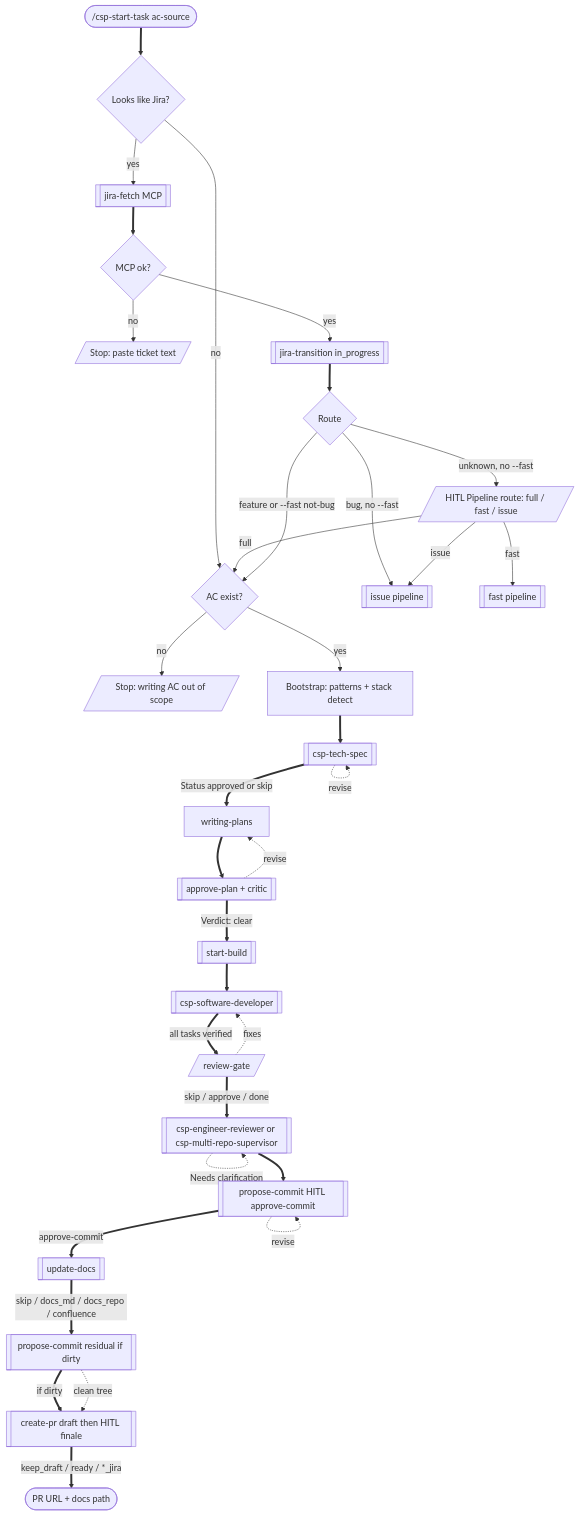
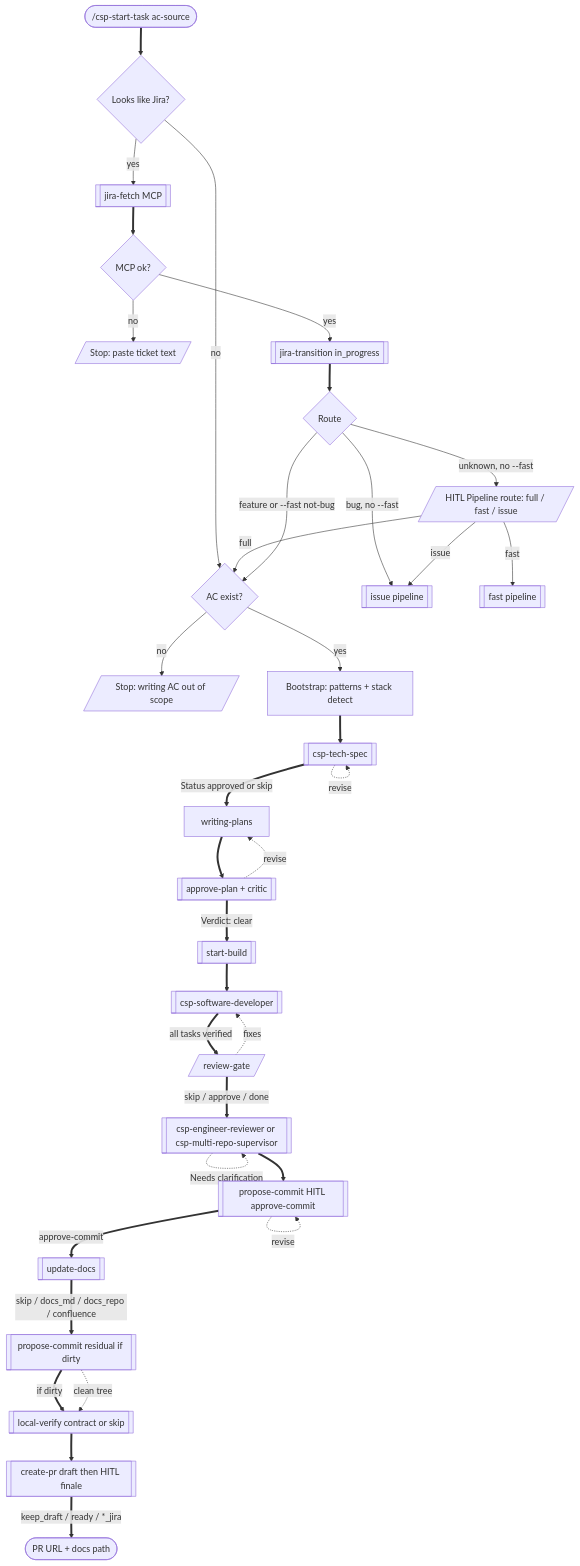
The second of 15 diagrams in docs/superpowers/pipeline-flow.md (a-trembak/cursor-spells), drawn with Mermaid before and after one commit. The commit also changed other lines of this file and 11 other files, not shown here.

First line of the commit message:
feat: wire local-verify before create-pr

````diff
--- a/docs/superpowers/pipeline-flow.md
+++ b/docs/superpowers/pipeline-flow.md
@@ -120,60 +122,62 @@
 ```mermaid
 flowchart TD
   startNode(["/csp-start-task ac-source"])
   looksJira{Looks like Jira?}
   fetch[["jira-fetch MCP"]]
   fetchFail{MCP ok?}
   stopPaste[/"Stop: paste ticket text"/]
   inProgress[["jira-transition in_progress"]]
   route{"Route"}
   hitlRoute[/"HITL Pipeline route: full / fast / issue"/]
   noAc{AC exist?}
   stopNoAc[/"Stop: writing AC out of scope"/]
   bootstrap["Bootstrap: patterns + stack detect"]
   techSpec[["csp-tech-spec"]]
   planWrite["writing-plans"]
   approvePlan[["approve-plan + critic"]]
   startBuild[["start-build"]]
   softwareDev[["csp-software-developer"]]
   reviewGate[/"review-gate"/]
   engReview[["csp-engineer-reviewer or csp-multi-repo-supervisor"]]
   proposeCommit[["propose-commit HITL approve-commit"]]
   updateDocs[["update-docs"]]
   proposeCommit2[["propose-commit residual if dirty"]]
+  localVerify[["local-verify contract or skip"]]
   createPr[["create-pr draft then HITL finale"]]
   doneNode(["PR URL + docs path"])
 
   startNode ==> looksJira
   looksJira -->|"yes"| fetch
   looksJira -->|"no"| noAc
   fetch ==> fetchFail
   fetchFail -->|"no"| stopPaste
   fetchFail -->|"yes"| inProgress
   inProgress ==> route
   route -->|"bug, no --fast"| issuePipe[["issue pipeline"]]
   route -->|"unknown, no --fast"| hitlRoute
   hitlRoute -->|"full"| noAc
   hitlRoute -->|"fast"| fastPipe[["fast pipeline"]]
   hitlRoute -->|"issue"| issuePipe
   route -->|"feature or --fast not-bug"| noAc
   noAc -->|"no"| stopNoAc
   noAc -->|"yes"| bootstrap
   bootstrap ==> techSpec
   techSpec ==>|"Status approved or skip"| planWrite
   techSpec -.->|"revise"| techSpec
   planWrite ==> approvePlan
   approvePlan -.->|"revise"| planWrite
   approvePlan ==>|"Verdict: clear"| startBuild
   startBuild ==> softwareDev
   softwareDev ==>|"all tasks verified"| reviewGate
   reviewGate -.->|"fixes"| softwareDev
   reviewGate ==>|"skip / approve / done"| engReview
   engReview -.->|"Needs clarification"| engReview
   engReview ==> proposeCommit
   proposeCommit ==>|"approve-commit"| updateDocs
   proposeCommit -.->|"revise"| proposeCommit
   updateDocs ==>|"skip / docs_md / docs_repo / confluence"| proposeCommit2
-  proposeCommit2 ==>|"if dirty"| createPr
-  proposeCommit2 -.->|"clean tree"| createPr
+  proposeCommit2 ==>|"if dirty"| localVerify
+  proposeCommit2 -.->|"clean tree"| localVerify
+  localVerify ==> createPr
   createPr ==>|"keep_draft / ready / *_jira"| doneNode
 ```
````
